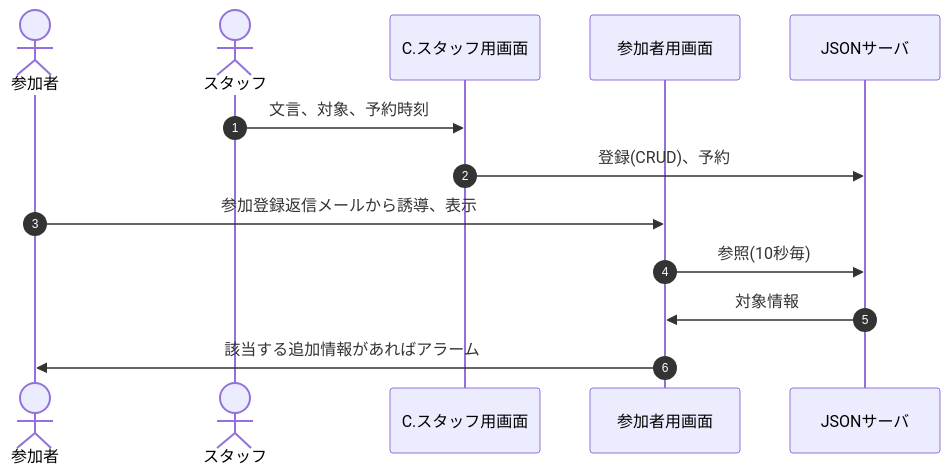
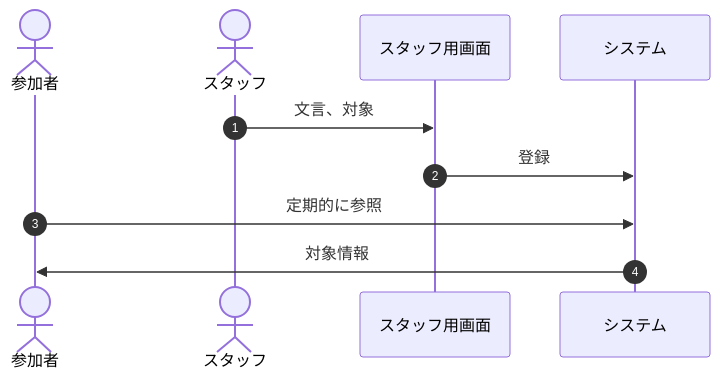
The fifth of 6 diagrams in README.md (nakaone/EventStaff), drawn with Mermaid before and after one commit. The commit also changed other lines of this file and 1 other file, not shown here.

````diff
--- a/README.md
+++ b/README.md
@@ -299,19 +295,14 @@
 ```mermaid
-
 sequenceDiagram
   autonumber
   actor guest as 参加者
   actor staff as スタッフ
-  participant html as C.スタッフ用画面
-  participant gHtml as 参加者用画面
-  participant json as JSONサーバ
+  participant html as スタッフ用画面
+  participant system as システム
 
-  staff->>html    : 文言、対象、予約時刻
-  html->>json     : 登録(CRUD)、予約
+  staff ->> html    : 文言、対象
+  html ->> system   : 登録
 
-  guest->>gHtml   : 参加登録返信メールから誘導、表示
-  gHtml->>json     : 参照(10秒毎)
-  json->>gHtml     : 対象情報
-  gHtml->>guest    : 該当する追加情報があればアラーム
-
+  guest->>system   : 定期的に参照
+  system ->> guest : 対象情報
 ```
````
